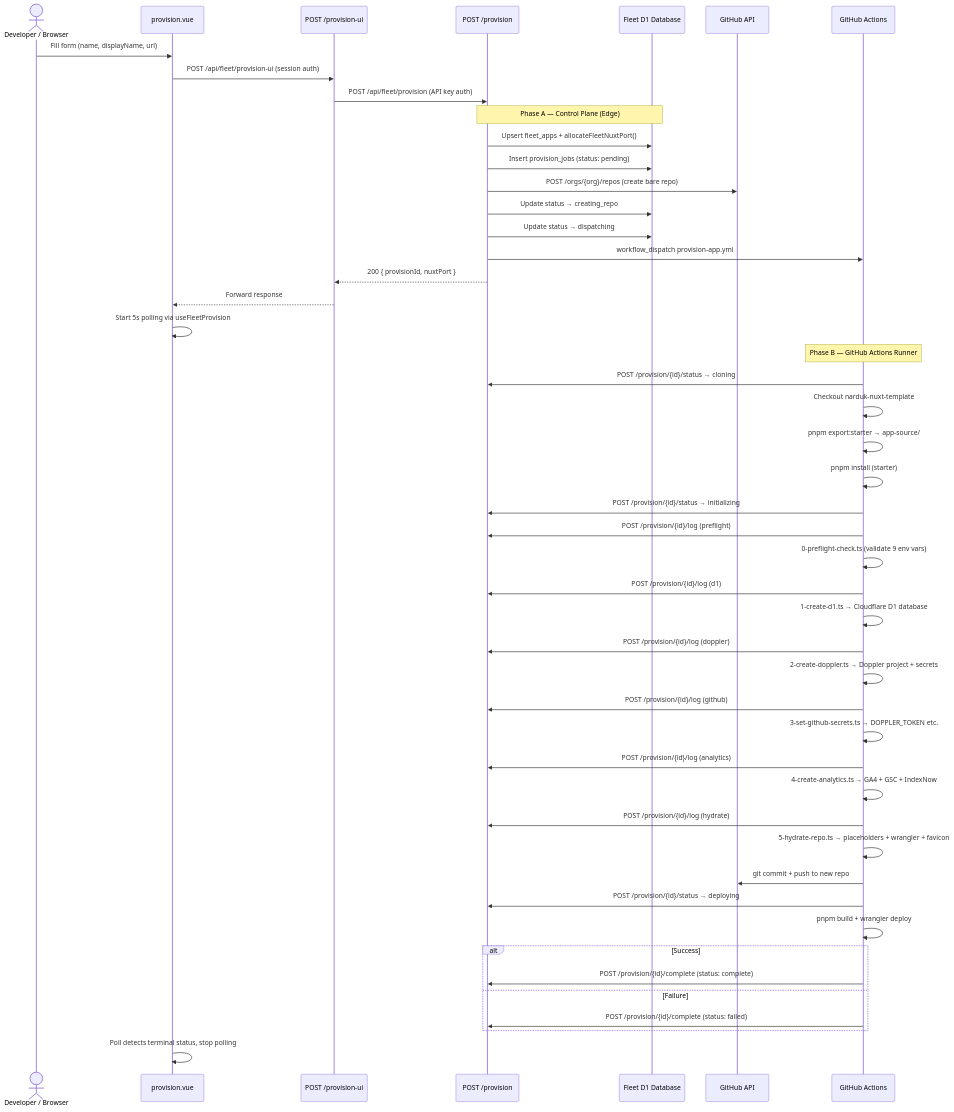
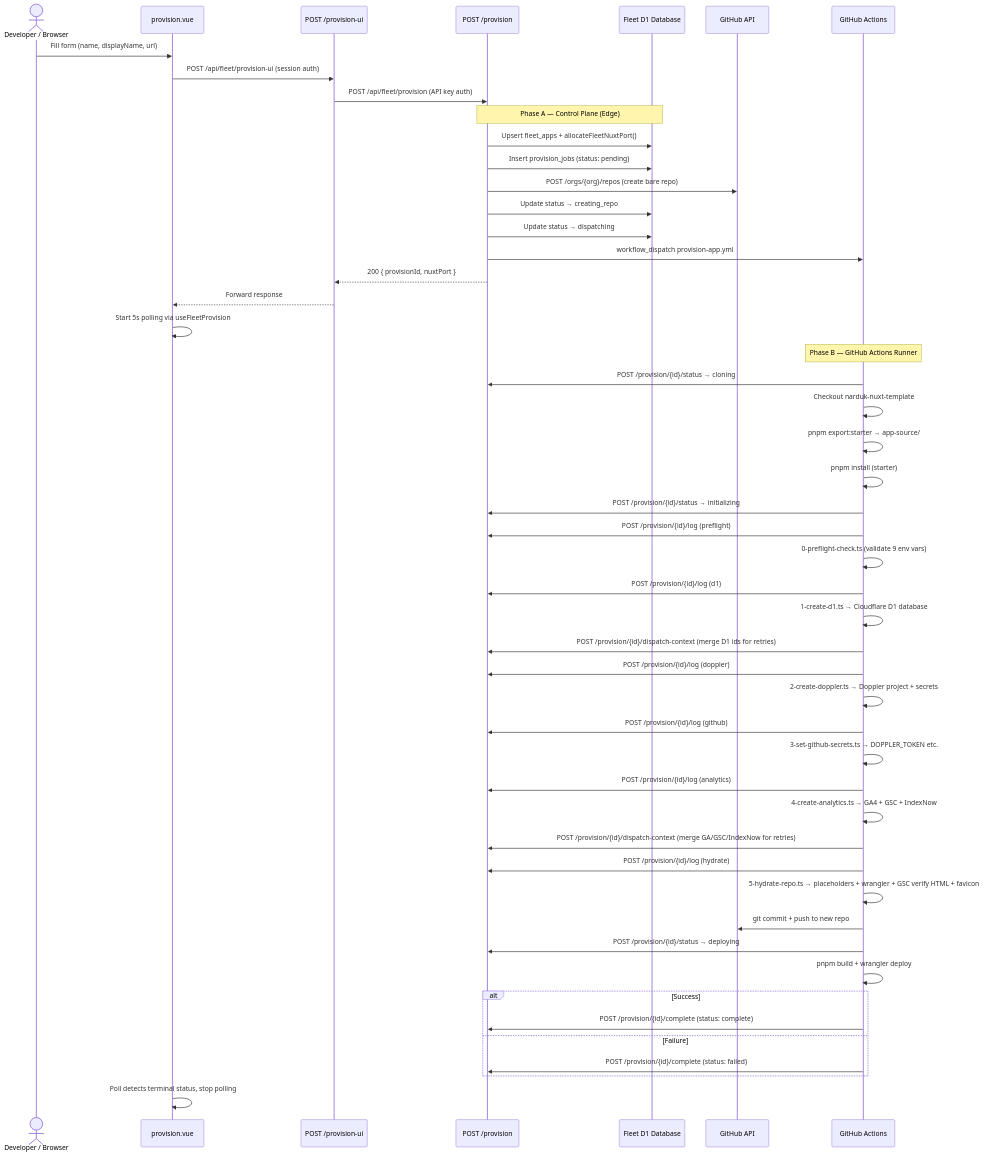
One commit to narduk-enterprises/control-plane changed the first of 6 diagrams in docs/provisioning-pipeline.md. Above: the diagram before and after it, drawn with Mermaid. The commit also changed other lines of this file and 80 other files, not shown here.

````diff
--- a/docs/provisioning-pipeline.md
+++ b/docs/provisioning-pipeline.md
@@ -7,64 +9,66 @@
 ```mermaid
 sequenceDiagram
     actor User as Developer / Browser
     participant UI as provision.vue
     participant Proxy as POST /provision-ui
     participant API as POST /provision
     participant D1 as Fleet D1 Database
     participant GH as GitHub API
     participant GHA as GitHub Actions
 
     User->>UI: Fill form (name, displayName, url)
     UI->>Proxy: POST /api/fleet/provision-ui (session auth)
     Proxy->>API: POST /api/fleet/provision (API key auth)
 
     Note over API,D1: Phase A — Control Plane (Edge)
 
     API->>D1: Upsert fleet_apps + allocateFleetNuxtPort()
     API->>D1: Insert provision_jobs (status: pending)
     API->>GH: POST /orgs/{org}/repos (create bare repo)
     API->>D1: Update status → creating_repo
     API->>D1: Update status → dispatching
     API->>GHA: workflow_dispatch provision-app.yml
     API-->>Proxy: 200 { provisionId, nuxtPort }
     Proxy-->>UI: Forward response
     UI->>UI: Start 5s polling via useFleetProvision
 
     Note over GHA: Phase B — GitHub Actions Runner
 
     GHA->>API: POST /provision/{id}/status → cloning
     GHA->>GHA: Checkout narduk-nuxt-template
     GHA->>GHA: pnpm export:starter → app-source/
     GHA->>GHA: pnpm install (starter)
 
     GHA->>API: POST /provision/{id}/status → initializing
     GHA->>API: POST /provision/{id}/log (preflight)
     GHA->>GHA: 0-preflight-check.ts (validate 9 env vars)
 
     GHA->>API: POST /provision/{id}/log (d1)
     GHA->>GHA: 1-create-d1.ts → Cloudflare D1 database
+    GHA->>API: POST /provision/{id}/dispatch-context (merge D1 ids for retries)
 
     GHA->>API: POST /provision/{id}/log (doppler)
     GHA->>GHA: 2-create-doppler.ts → Doppler project + secrets
 
     GHA->>API: POST /provision/{id}/log (github)
     GHA->>GHA: 3-set-github-secrets.ts → DOPPLER_TOKEN etc.
 
     GHA->>API: POST /provision/{id}/log (analytics)
     GHA->>GHA: 4-create-analytics.ts → GA4 + GSC + IndexNow
+    GHA->>API: POST /provision/{id}/dispatch-context (merge GA/GSC/IndexNow for retries)
 
     GHA->>API: POST /provision/{id}/log (hydrate)
-    GHA->>GHA: 5-hydrate-repo.ts → placeholders + wrangler + favicon
+    GHA->>GHA: 5-hydrate-repo.ts → placeholders + wrangler + GSC verify HTML + favicon
 
     GHA->>GH: git commit + push to new repo
     GHA->>API: POST /provision/{id}/status → deploying
     GHA->>GHA: pnpm build + wrangler deploy
 
     alt Success
         GHA->>API: POST /provision/{id}/complete (status: complete)
     else Failure
         GHA->>API: POST /provision/{id}/complete (status: failed)
     end
 
     UI->>UI: Poll detects terminal status, stop polling
 ```
````
